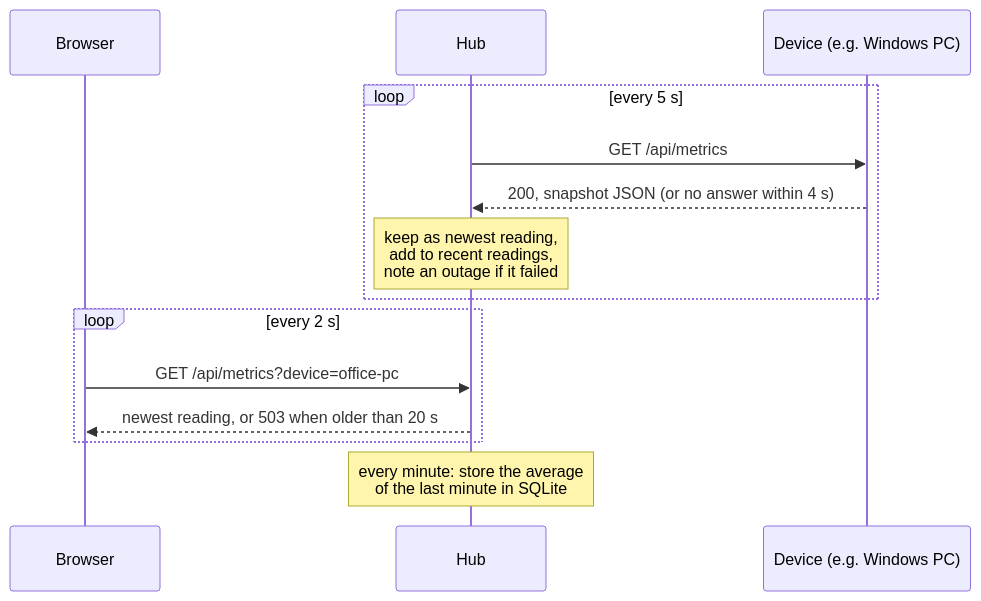
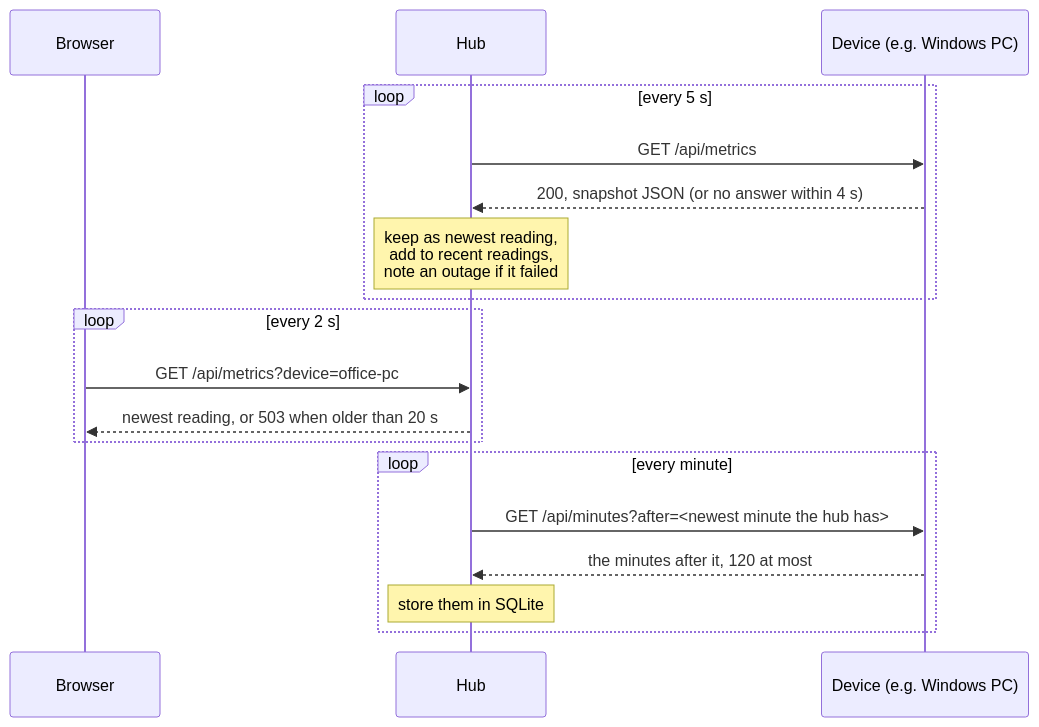
Before and after one commit to Chriszly/usage-control: the third of 3 diagrams in docs/architecture.md, drawn with Mermaid. The commit also changed other lines of this file and 26 other files, not shown here.

First line of the commit message:
Keep a device's usage while the hub cannot reach it, and fill the gap after (#92)

````diff
--- a/docs/architecture.md
+++ b/docs/architecture.md
@@ -120,16 +121,20 @@
 ```mermaid
 sequenceDiagram
     participant B as Browser
     participant H as Hub
     participant D as Device (e.g. Windows PC)
     loop every 5 s
         H->>D: GET /api/metrics
         D-->>H: 200, snapshot JSON (or no answer within 4 s)
         Note over H: keep as newest reading,<br/>add to recent readings,<br/>note an outage if it failed
     end
     loop every 2 s
         B->>H: GET /api/metrics?device=office-pc
         H-->>B: newest reading, or 503 when older than 20 s
     end
-    Note over H: every minute: store the average<br/>of the last minute in SQLite
+    loop every minute
+        H->>D: GET /api/minutes?after=<newest minute the hub has>
+        D-->>H: the minutes after it, 120 at most
+        Note over H: store them in SQLite
+    end
 ```
````
